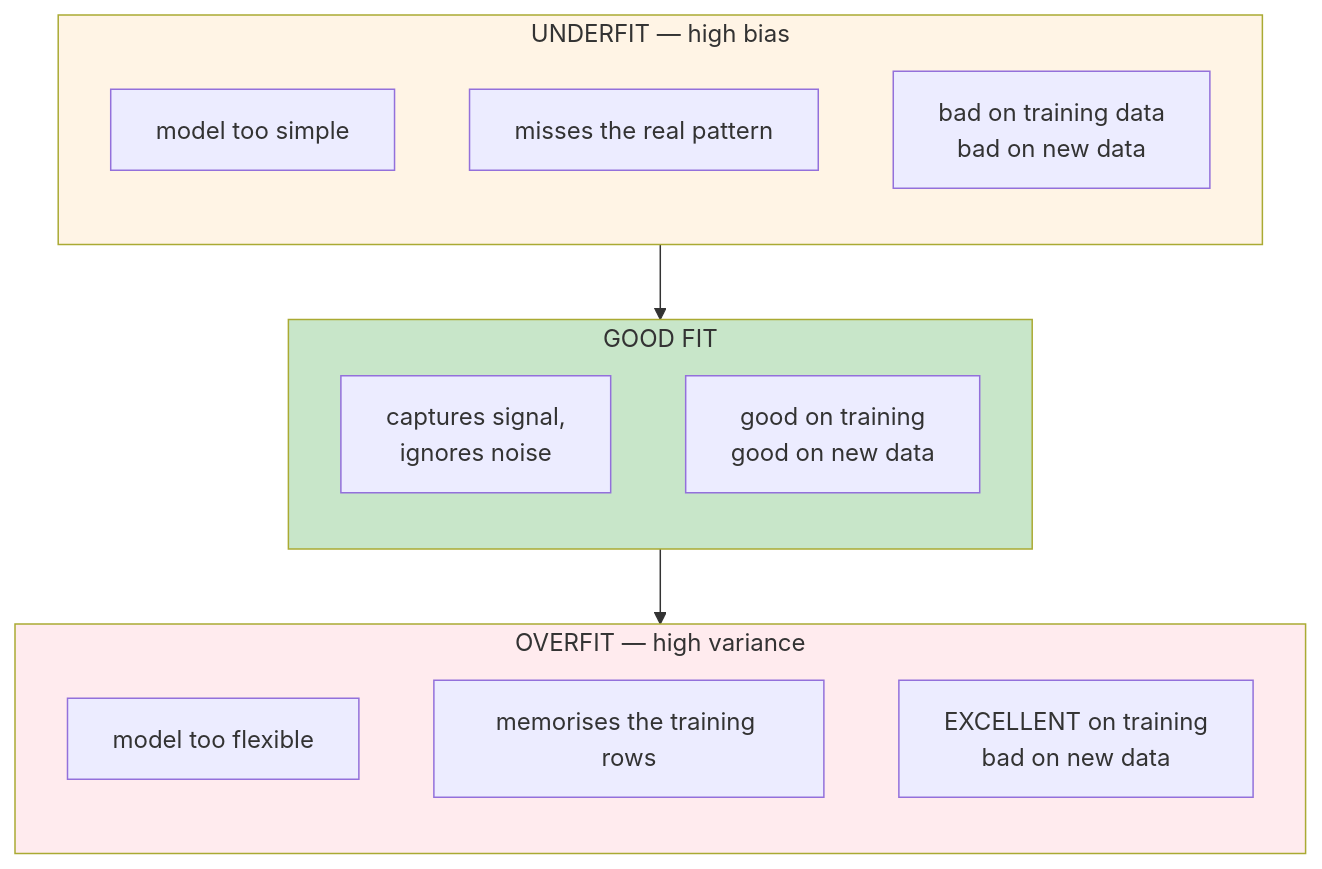
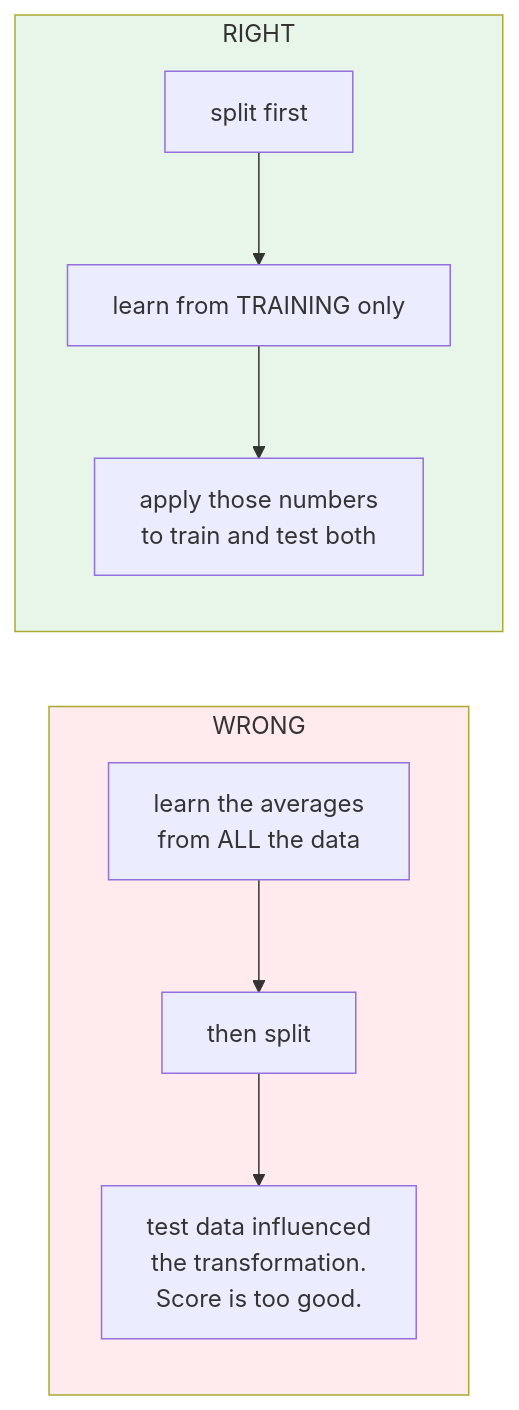
Before and after one commit to schoolofdevops/402-mlops-site: the fourth of 9 diagrams in site/docs/m3-data-to-model/lesson.mdx, drawn with Mermaid. The commit also changed other lines of this file, not shown here.

````diff
--- a/site/docs/m3-data-to-model/lesson.mdx
+++ b/site/docs/m3-data-to-model/lesson.mdx
@@ -108,28 +253,17 @@
 ```mermaid
-flowchart TB
-    subgraph U["UNDERFIT — high bias"]
+flowchart LR
+    subgraph W["WRONG"]
         direction TB
-        U1["model too simple"]
-        U2["misses the real pattern"]
-        U3["bad on training data<br/>bad on new data"]
+        W1["learn the averages<br/>from ALL the data"] --> W2["then split"]
+        W2 --> W3["test data influenced<br/>the transformation.<br/>Score is too good."]
     end
 
-    subgraph G["GOOD FIT"]
+    subgraph R["RIGHT"]
         direction TB
-        G1["captures signal,<br/>ignores noise"]
-        G2["good on training<br/>good on new data"]
+        R1["split first"] --> R2["learn from TRAINING only"]
+        R2 --> R3["apply those numbers<br/>to train and test both"]
     end
 
-    subgraph O["OVERFIT — high variance"]
-        direction TB
-        O1["model too flexible"]
-        O2["memorises the training rows"]
-        O3["EXCELLENT on training<br/>bad on new data"]
-    end
-
-    U --> G --> O
-
-    style U fill:#fff4e5
-    style G fill:#c8e6c9
-    style O fill:#ffebee
+    style W fill:#ffebee
+    style R fill:#e8f5e9
 ```
````
